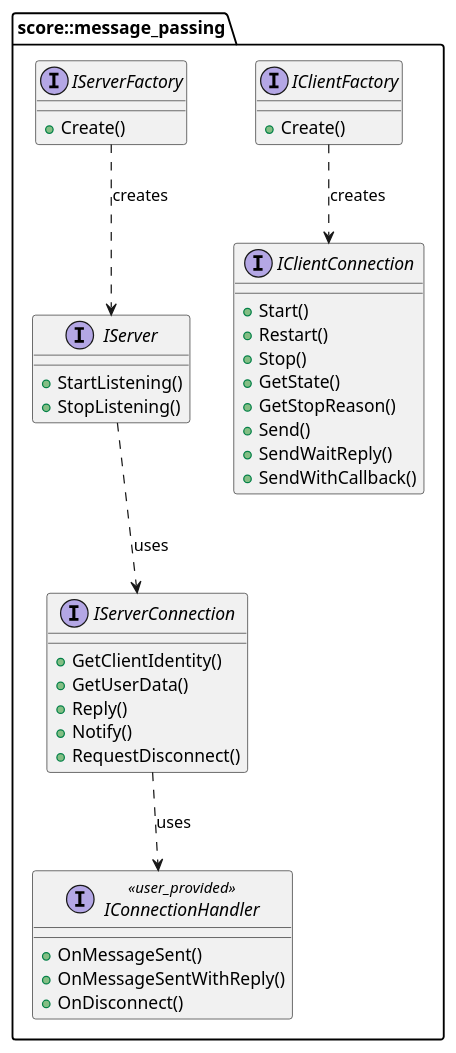
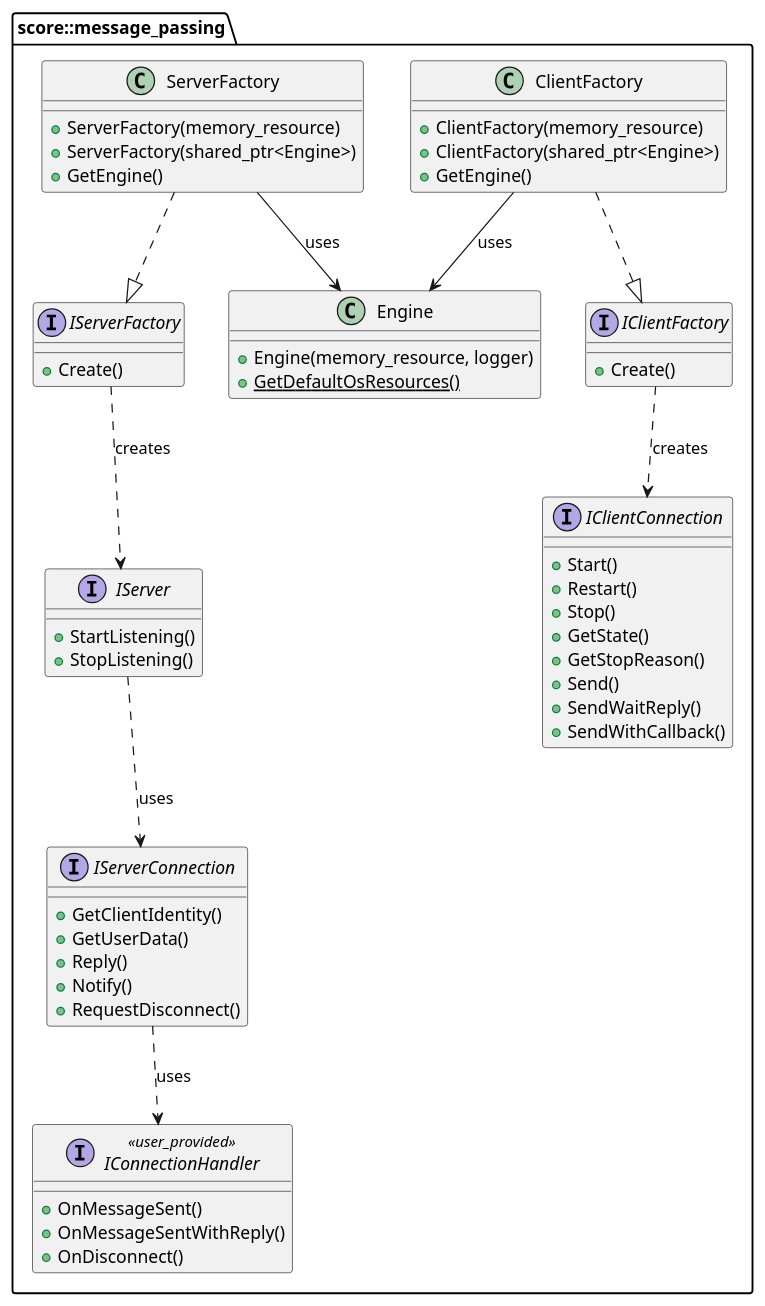
Before and after one commit to eclipse-score/communication: the diagram in score/message_passing/dependability/software_architectural_design/public_api.puml, drawn with PlantUML.

Commit message:
docs(message_passing): add ClientFactory/ServerFactory/Engine constructors
These concrete classes (platform-selected via client_factory.h,
server_factory.h and engine.h) are the actual public entry points
consumers instantiate, and were missing from the diagram.

```diff
--- a/score/message_passing/dependability/software_architectural_design/public_api.puml
+++ b/score/message_passing/dependability/software_architectural_design/public_api.puml
@@ -14,50 +14,71 @@
 @startuml
 
 namespace score::message_passing {
 
+    class Engine {
+        +Engine(memory_resource, logger)
+        +{static} GetDefaultOsResources()
+    }
+
     interface IClientFactory {
         +Create()
+    }
+
+    class ClientFactory {
+        +ClientFactory(memory_resource)
+        +ClientFactory(shared_ptr<Engine>)
+        +GetEngine()
     }
 
     interface IClientConnection {
         +Start()
         +Restart()
         +Stop()
         +GetState()
         +GetStopReason()
         +Send()
         +SendWaitReply()
         +SendWithCallback()
     }
 
     interface IServerFactory {
         +Create()
+    }
+
+    class ServerFactory {
+        +ServerFactory(memory_resource)
+        +ServerFactory(shared_ptr<Engine>)
+        +GetEngine()
     }
 
     interface IServer {
         +StartListening()
         +StopListening()
     }
 
     interface IServerConnection {
         +GetClientIdentity()
         +GetUserData()
         +Reply()
         +Notify()
         +RequestDisconnect()
     }
 
     interface IConnectionHandler <<user_provided>> {
         +OnMessageSent()
         +OnMessageSentWithReply()
         +OnDisconnect()
     }
 
     IClientFactory ..> IClientConnection : creates
     IServerFactory ..> IServer : creates
     IServer ..> IServerConnection : uses
     IServerConnection ..> IConnectionHandler : uses
+    ClientFactory ..|> IClientFactory
+    ServerFactory ..|> IServerFactory
+    ClientFactory --> Engine : uses
+    ServerFactory --> Engine : uses
 
 }
 
 @enduml
```
